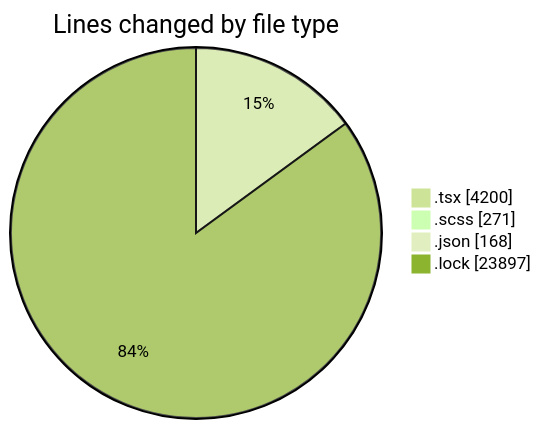
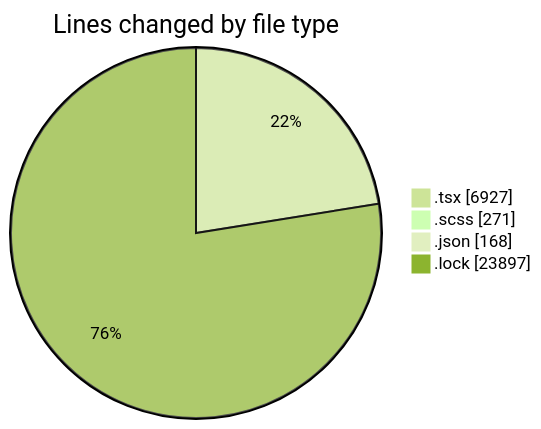
One commit to momahboobian/code-tracking changed the first of 2 diagrams in 2025-11-18/cda/README.md. Above: the diagram before and after it, drawn with Mermaid (forest theme). The commit also changed other lines of this file and 1 other file, not shown here.

````diff
--- a/2025-11-18/cda/README.md
+++ b/2025-11-18/cda/README.md
@@ -34,8 +34,8 @@
 ```mermaid
 pie showData
 title Lines changed by file type
-".tsx" : 4200
+".tsx" : 6927
 ".scss" : 271
 ".json" : 168
 ".lock" : 23897
 ```
````
